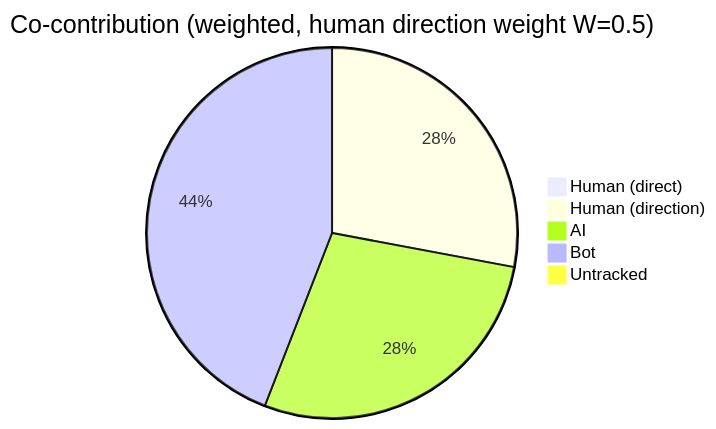
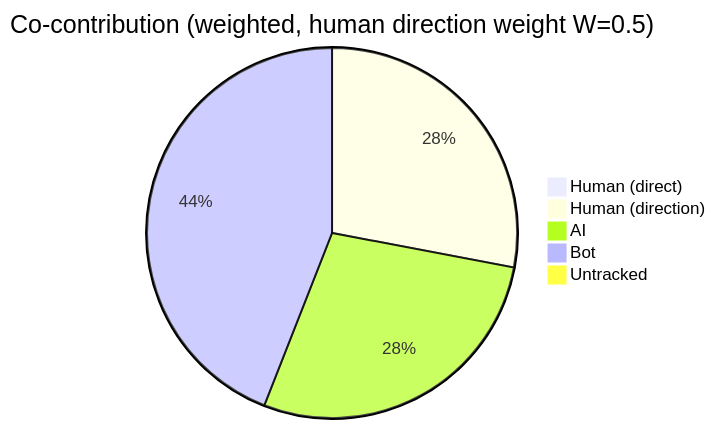
One commit to CaliMark/ai-authorship changed the first of 4 diagrams in AI-AUTHORSHIP.md. Above: the diagram before and after it, drawn with Mermaid. The commit also changed other lines of this file and 1 other file, not shown here.

````diff
--- a/AI-AUTHORSHIP.md
+++ b/AI-AUTHORSHIP.md
@@ -23,8 +23,8 @@
 ```mermaid
 pie title Co-contribution (weighted, human direction weight W=0.5)
     "Human (direct)" : 0
-    "Human (direction)" : 1484
-    "AI" : 1484
-    "Bot" : 2341
-    "Untracked" : 1
+    "Human (direction)" : 1538
+    "AI" : 1538
+    "Bot" : 2421
+    "Untracked" : 0
 ```
````
